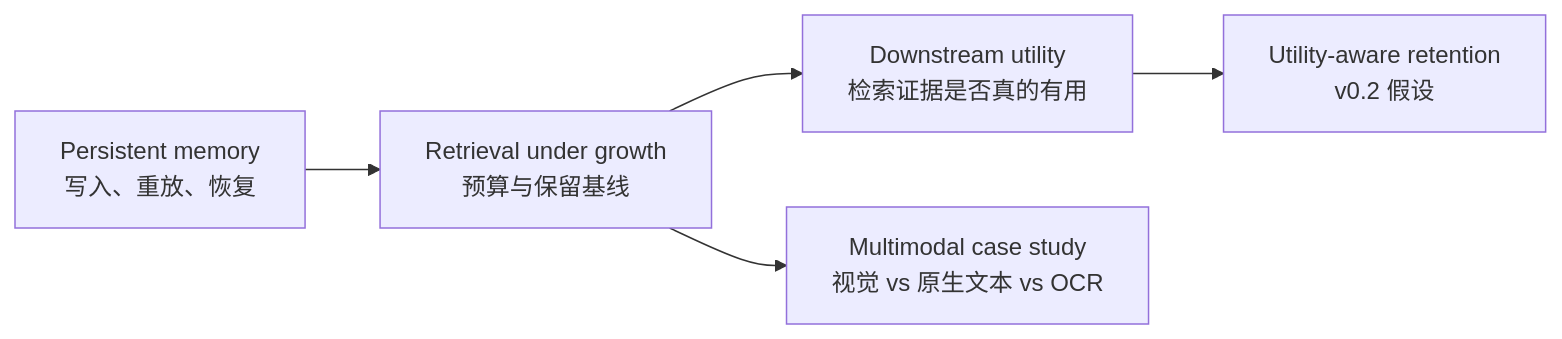
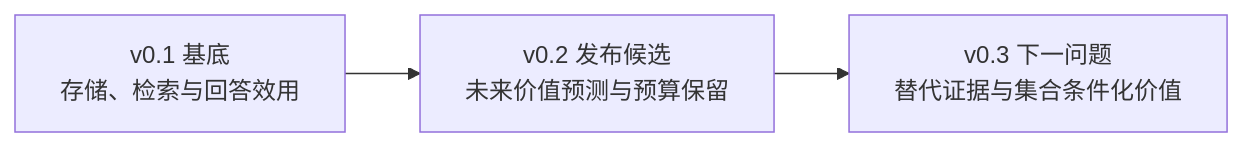
The diagram in README.zh-CN.md (TOMDFTBA/agent-memory-utility), drawn with Mermaid before and after one commit. The commit also changed other lines of this file and 135 other files, not shown here.

Commit message:
Add v0.2 utility-aware retention experiments

````diff
--- a/README.zh-CN.md
+++ b/README.zh-CN.md
@@ -18,11 +13,5 @@
 ```mermaid
 flowchart LR
-    A[Persistent memory<br/>写入、重放、恢复]
-    B[Retrieval under growth<br/>预算与保留基线]
-    C[Downstream utility<br/>检索证据是否真的有用]
-    D[Utility-aware retention<br/>v0.2 假设]
-    M[Multimodal case study<br/>视觉 vs 原生文本 vs OCR]
-
-    A --> B --> C --> D
-    B --> M
+    A[v0.1 基底<br/>存储、检索与回答效用] --> B[v0.2 发布候选<br/>未来价值预测与预算保留]
+    B --> C[v0.3 下一问题<br/>替代证据与集合条件化价值]
 ```
````
